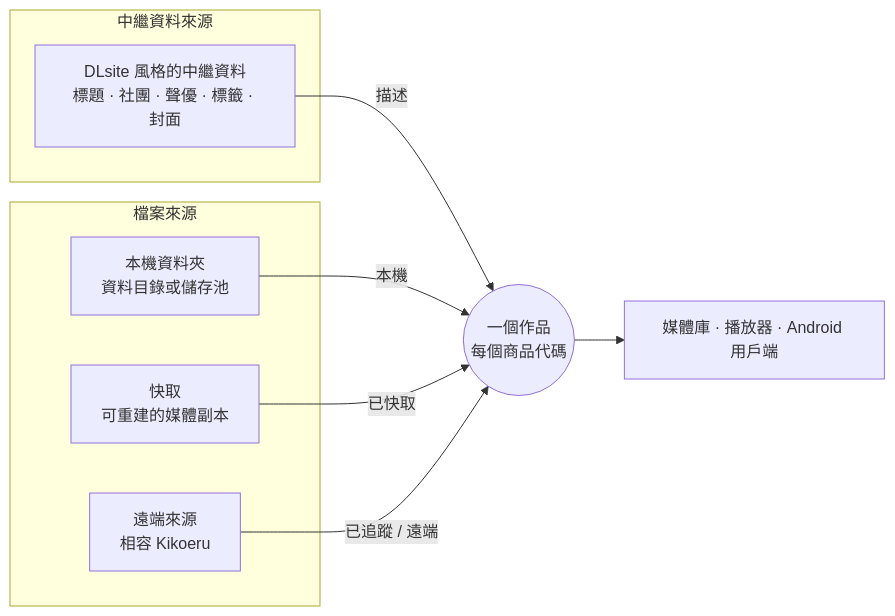
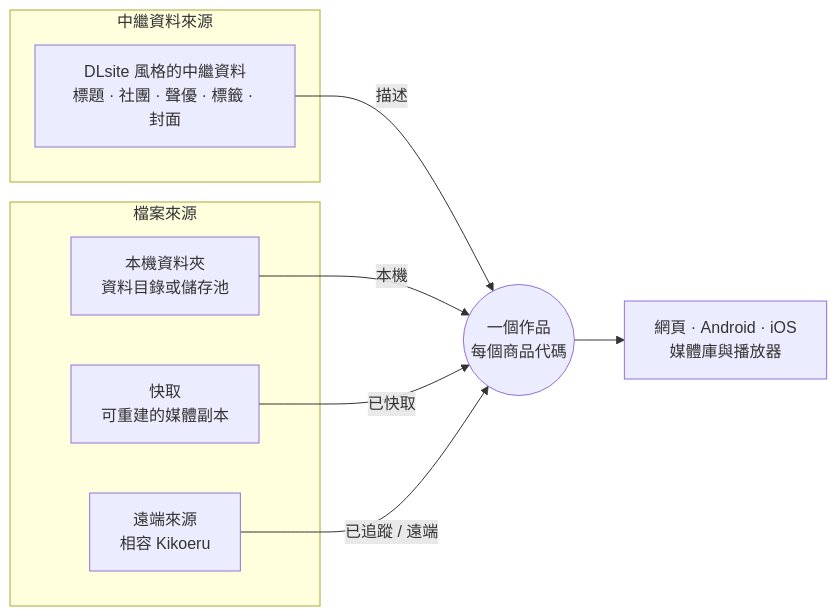
The diagram in docs/readme/README.zh-Hant.md (yexca/kikoto), drawn with Mermaid before and after one commit. The commit also changed other lines of this file and 5 other files, not shown here.

````diff
--- a/docs/readme/README.zh-Hant.md
+++ b/docs/readme/README.zh-Hant.md
@@ -92,18 +116,18 @@
 ```mermaid
 flowchart LR
   subgraph Metadata["中繼資料來源"]
     MD["DLsite 風格的中繼資料<br/>標題 · 社團 · 聲優 · 標籤 · 封面"]
   end
 
   subgraph Files["檔案來源"]
     LF["本機資料夾<br/>資料目錄或儲存池"]
     CA["快取<br/>可重建的媒體副本"]
     RS["遠端來源<br/>相容 Kikoeru"]
   end
 
   MD -- 描述 --> W(("一個作品<br/>每個商品代碼"))
   LF -- 本機 --> W
   CA -- 已快取 --> W
   RS -- "已追蹤 / 遠端" --> W
-  W --> UI["媒體庫 · 播放器 · Android 用戶端"]
+  W --> UI["網頁 · Android · iOS<br/>媒體庫與播放器"]
 ```
````
